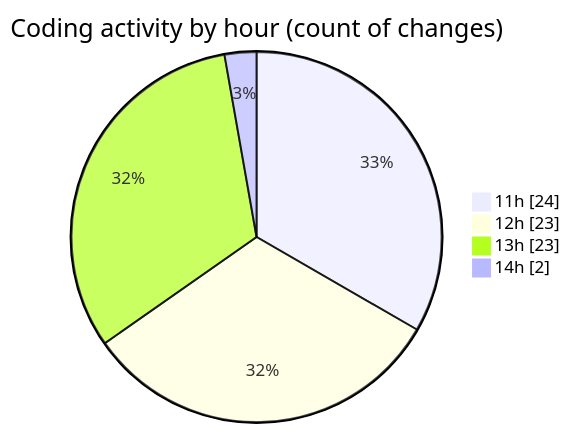
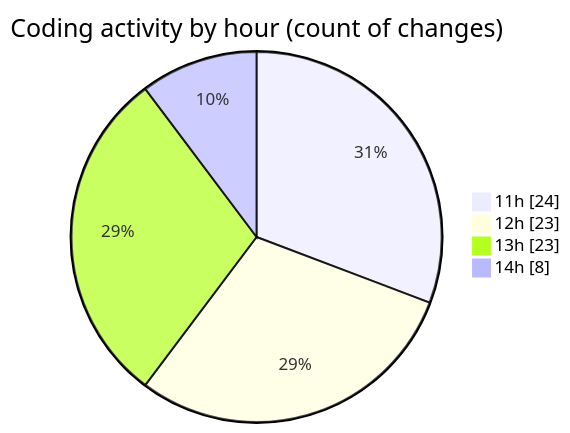
The second of 2 diagrams in 2025-09-18/nxtqube_webapp/README.md (nxtqubesakshisongat/code-tracking), drawn with Mermaid before and after one commit. The commit also changed other lines of this file and 1 other file, not shown here.

````diff
--- a/2025-09-18/nxtqube_webapp/README.md
+++ b/2025-09-18/nxtqube_webapp/README.md
@@ -46,8 +47,8 @@
 ```mermaid
 pie showData
 title Coding activity by hour (count of changes)
 "11h" : 24
 "12h" : 23
 "13h" : 23
-"14h" : 2
+"14h" : 8
 ```
````
